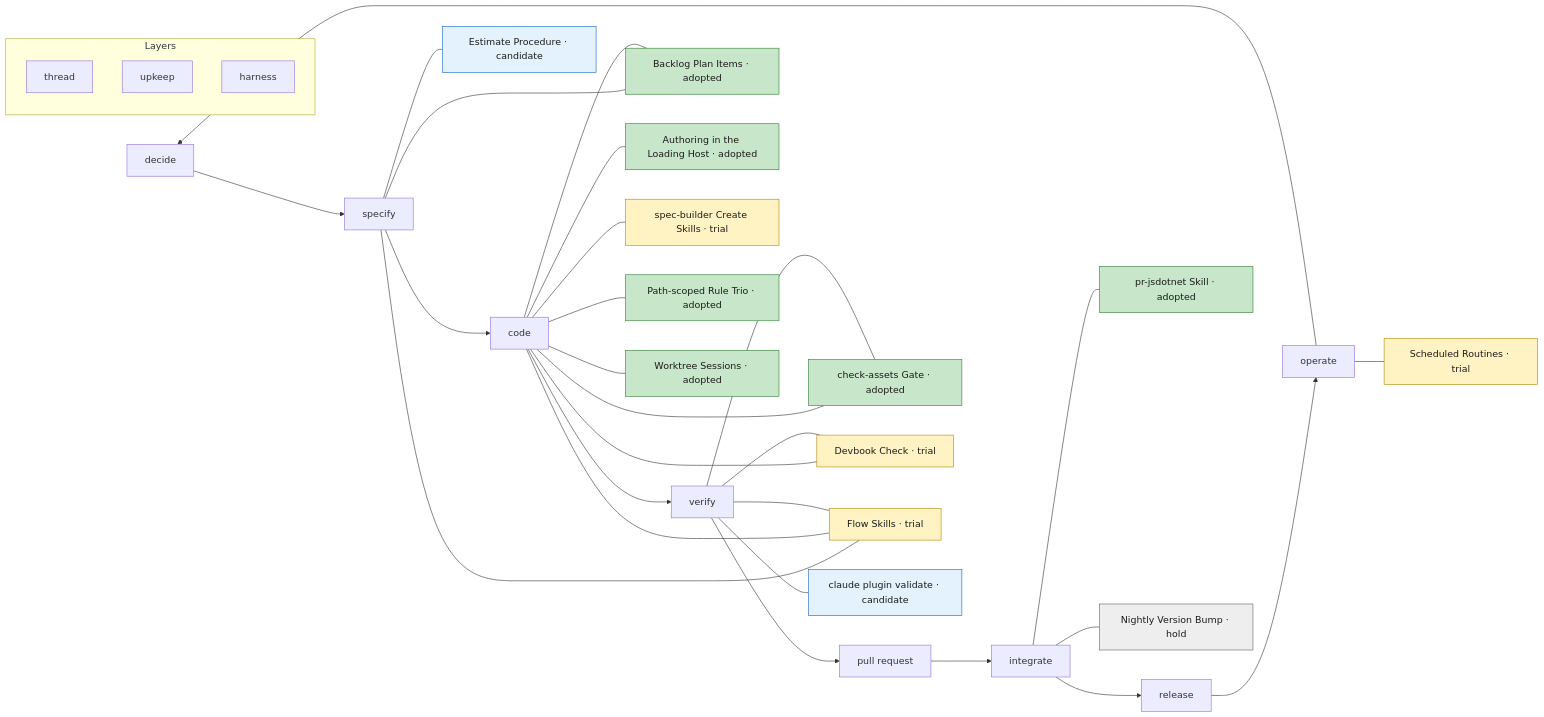
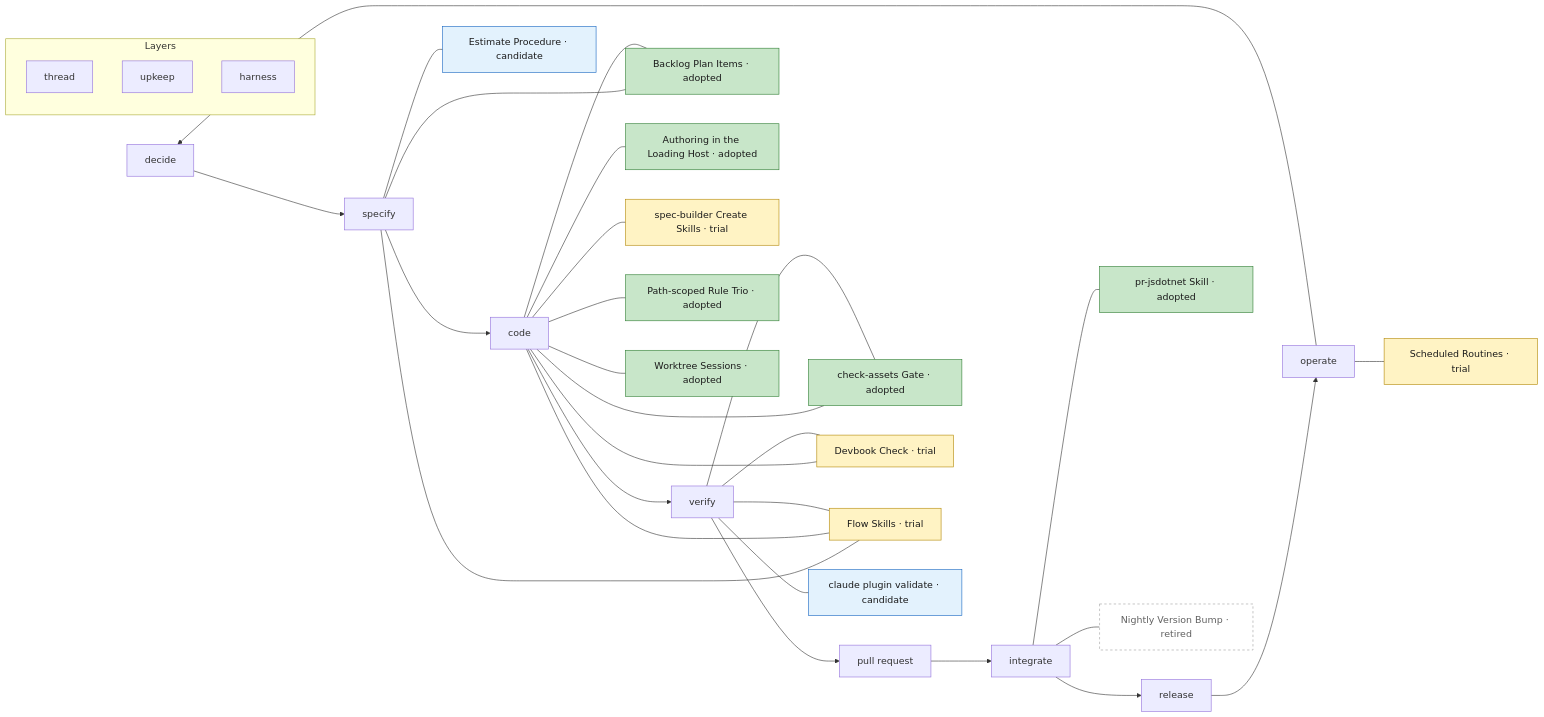
Before and after one commit to JSdotNet/ai-plugins: the diagram in .devbook/ai/adoption-map.md, drawn with Mermaid. The commit also changed 7 other files, not shown here.

First line of the commit message:
ci: retire the nightly plugin version bump

````diff
--- a/.devbook/ai/adoption-map.md
+++ b/.devbook/ai/adoption-map.md
@@ -26,48 +26,49 @@
 ```mermaid
 graph LR
     decide --> specify --> code --> verify --> pr[pull request] --> integrate --> release --> operate --> decide
 
     subgraph layers[Layers]
         thread
         upkeep
         harness
     end
 
     backlog["Backlog Plan Items · adopted"]:::adopted
     estimate["Estimate Procedure · candidate"]:::candidate
     host["Authoring in the Loading Host · adopted"]:::adopted
     create["spec-builder Create Skills · trial"]:::trial
     trio["Path-scoped Rule Trio · adopted"]:::adopted
     worktree["Worktree Sessions · adopted"]:::adopted
     gate["check-assets Gate · adopted"]:::adopted
     devbook["Devbook Check · trial"]:::trial
     flows["Flow Skills · trial"]:::trial
     validate["claude plugin validate · candidate"]:::candidate
     skill["pr-jsdotnet Skill · adopted"]:::adopted
-    bump["Nightly Version Bump · hold"]:::hold
+    bump["Nightly Version Bump · retired"]:::retired
     routines["Scheduled Routines · trial"]:::trial
 
     specify --- backlog
     code --- backlog
     specify --- estimate
     code --- host
     code --- create
     code --- trio
     code --- worktree
     code --- gate
     verify --- gate
     code --- devbook
     verify --- devbook
     specify --- flows
     code --- flows
     verify --- flows
     verify --- validate
     integrate --- skill
     integrate --- bump
     operate --- routines
 
     classDef adopted fill:#c8e6c9,stroke:#2e7d32,color:#1b1b1b
     classDef trial fill:#fff3c4,stroke:#b28704,color:#1b1b1b
     classDef candidate fill:#e3f2fd,stroke:#1565c0,color:#1b1b1b
     classDef hold fill:#eeeeee,stroke:#616161,color:#1b1b1b
+    classDef retired fill:#ffffff,stroke:#9e9e9e,stroke-dasharray:4,color:#616161
 ```
````
